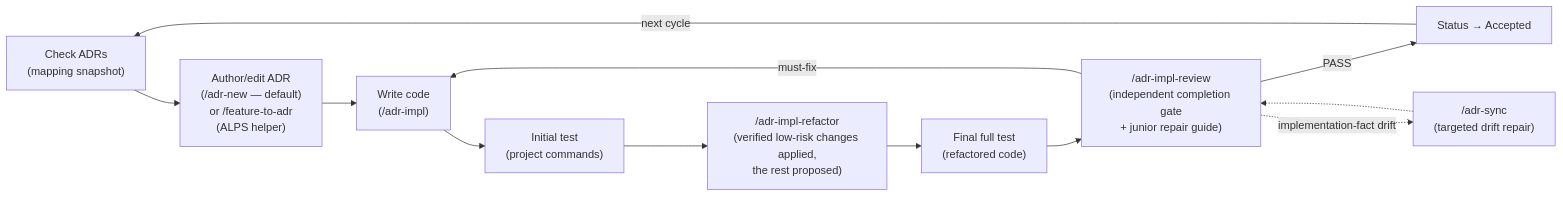
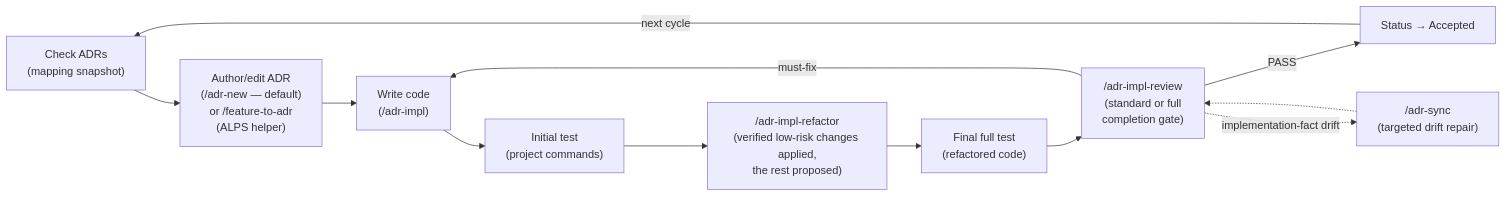
One commit to haandol/alps-writer-mcp changed the first of 2 diagrams in docs/usage.md. Above: the diagram before and after it, drawn with Mermaid. The commit also changed other lines of this file and 59 other files, not shown here.

````diff
--- a/docs/usage.md
+++ b/docs/usage.md
@@ -9,14 +9,14 @@
 ```mermaid
 flowchart LR
     A["Check ADRs<br/>(mapping snapshot)"] --> B["Author/edit ADR<br/>(/adr-new — default)<br/>or /feature-to-adr<br/>(ALPS helper)"]
     B --> C["Write code<br/>(/adr-impl)"]
     C --> D["Initial test<br/>(project commands)"]
     D --> F["/adr-impl-refactor<br/>(verified low-risk changes applied,<br/>the rest proposed)"]
     F --> V["Final full test<br/>(refactored code)"]
-    V --> R["/adr-impl-review<br/>(independent completion gate<br/>+ junior repair guide)"]
+    V --> R["/adr-impl-review<br/>(standard or full<br/>completion gate)"]
     R -->|PASS| P["Status → Accepted"]
     R -->|must-fix| C
     P -->|next cycle| A
     R -.->|implementation-fact drift| E["/adr-sync<br/>(targeted drift repair)"]
     E -.-> R
 ```
````
